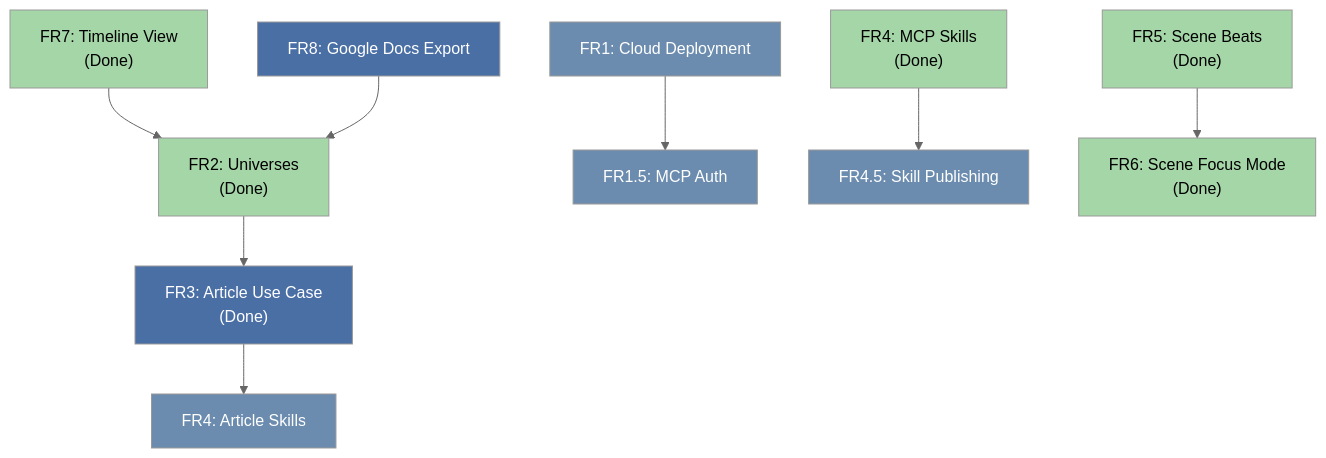
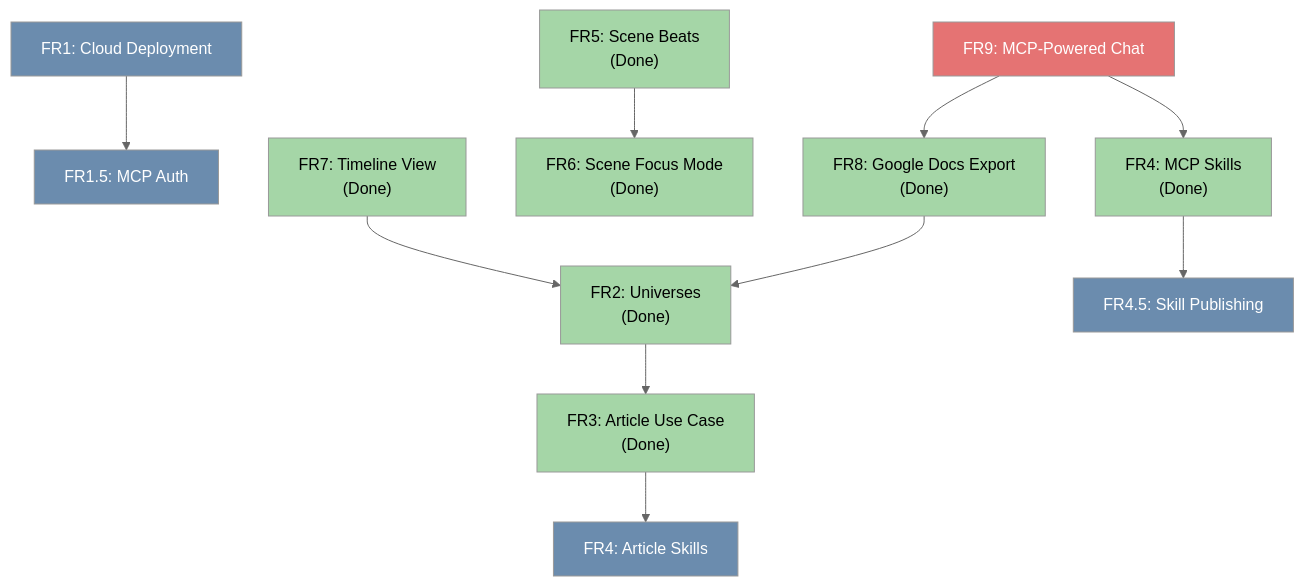
Before and after one commit to alexsiri7/word-coach-annie: the diagram in docs/FUTURE_REQUIREMENTS.md, drawn with Mermaid (neutral theme). The commit also changed other lines of this file and 5 other files, not shown here.

First line of the commit message:
docs: comprehensive update — reflect current state and roadmap

````diff
--- a/docs/FUTURE_REQUIREMENTS.md
+++ b/docs/FUTURE_REQUIREMENTS.md
@@ -468,22 +530,25 @@
 ```mermaid
 graph TD
     FR2["FR2: Universes<br/>(Done)"] --> FR3["FR3: Article Use Case<br/>(Done)"]
     FR1["FR1: Cloud Deployment"] --> FR1_MCP["FR1.5: MCP Auth"]
     FR4["FR4: MCP Skills<br/>(Done)"] --> FR4_PUB["FR4.5: Skill Publishing"]
     FR3 --> FR4_ARTICLE["FR4: Article Skills"]
     FR5["FR5: Scene Beats<br/>(Done)"] --> FR6["FR6: Scene Focus Mode<br/>(Done)"]
     FR7["FR7: Timeline View<br/>(Done)"] --> FR2
-    FR8["FR8: Google Docs Export"] --> FR2
+    FR8["FR8: Google Docs Export<br/>(Done)"] --> FR2
+    FR9["FR9: MCP-Powered Chat"] --> FR4
+    FR9 --> FR8
 
     style FR2 fill:#a5d6a7,color:#000
+    style FR3 fill:#a5d6a7,color:#000
     style FR4 fill:#a5d6a7,color:#000
     style FR5 fill:#a5d6a7,color:#000
-    style FR3 fill:#4a6fa5,color:#fff
+    style FR6 fill:#a5d6a7,color:#000
+    style FR7 fill:#a5d6a7,color:#000
+    style FR8 fill:#a5d6a7,color:#000
     style FR1 fill:#6b8cae,color:#fff
     style FR1_MCP fill:#6b8cae,color:#fff
     style FR4_PUB fill:#6b8cae,color:#fff
     style FR4_ARTICLE fill:#6b8cae,color:#fff
-    style FR6 fill:#a5d6a7,color:#000
-    style FR7 fill:#a5d6a7,color:#000
-    style FR8 fill:#4a6fa5,color:#fff
+    style FR9 fill:#e57373,color:#fff
 ```
````
